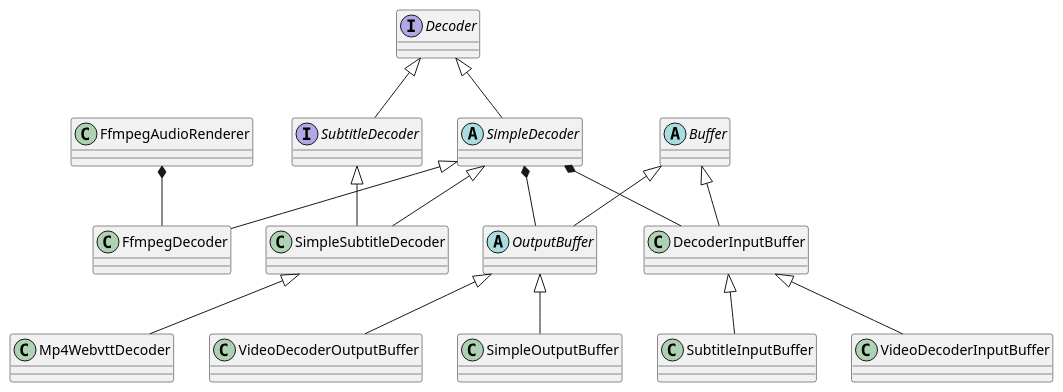
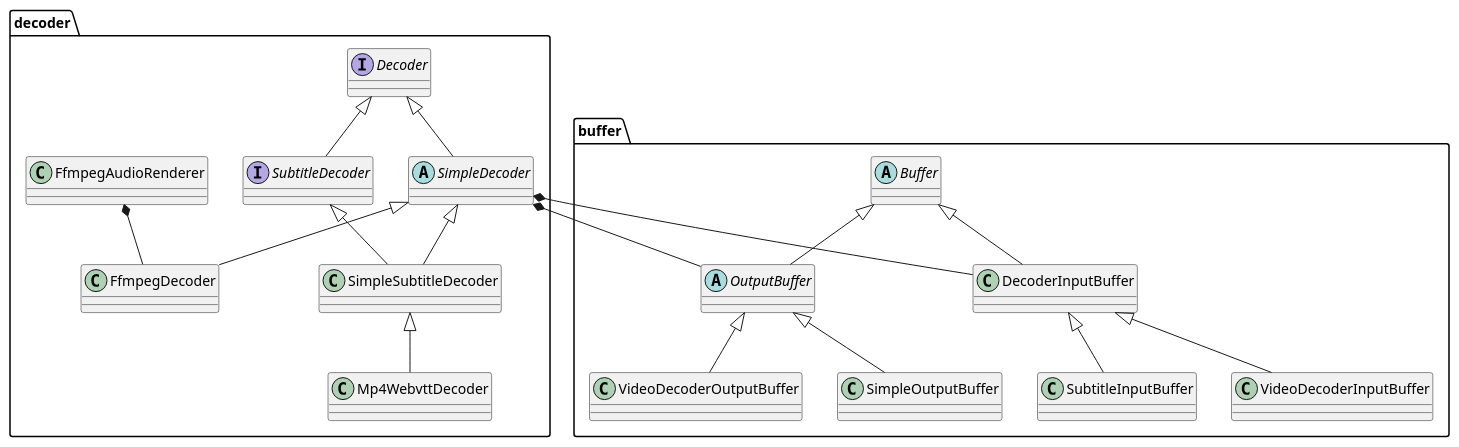
One commit to tdounnyy/exoplayer_note changed the diagram in uml/decoder.puml. Above: the diagram before and after it, drawn with PlantUML. The commit also changed 4 other files, not shown here.

```diff
--- a/uml/decoder.puml
+++ b/uml/decoder.puml
@@ -2,35 +2,42 @@
 @startuml
-'Decoder
+'A media decoder
+package decoder {
+
 interface Decoder
 abstract class SimpleDecoder
 interface SubtitleDecoder
 class FfmpegDecoder
 class SimpleSubtitleDecoder
 class Mp4WebvttDecoder
 
 Decoder <|-- SimpleDecoder
 Decoder <|-- SubtitleDecoder
 SimpleDecoder <|-- FfmpegDecoder
 SimpleDecoder <|-- SimpleSubtitleDecoder
 SubtitleDecoder <|-- SimpleSubtitleDecoder
 SimpleSubtitleDecoder <|-- Mp4WebvttDecoder
 FfmpegAudioRenderer *-- FfmpegDecoder
+}
+
+package buffer{
 
 'Buffer
 abstract class Buffer
 abstract class OutputBuffer
 class DecoderInputBuffer
 class VideoDecoderInputBuffer
 class SubtitleInputBuffer
 class SimpleOutputBuffer
 class VideoDecoderOutputBuffer
 
 Buffer <|-- OutputBuffer
 Buffer <|-- DecoderInputBuffer
 SimpleDecoder *-- OutputBuffer
 SimpleDecoder *-- DecoderInputBuffer
 DecoderInputBuffer <|-- VideoDecoderInputBuffer
 DecoderInputBuffer <|-- SubtitleInputBuffer
 OutputBuffer <|-- SimpleOutputBuffer
 OutputBuffer <|-- VideoDecoderOutputBuffer
+
+}
 @enduml
```
